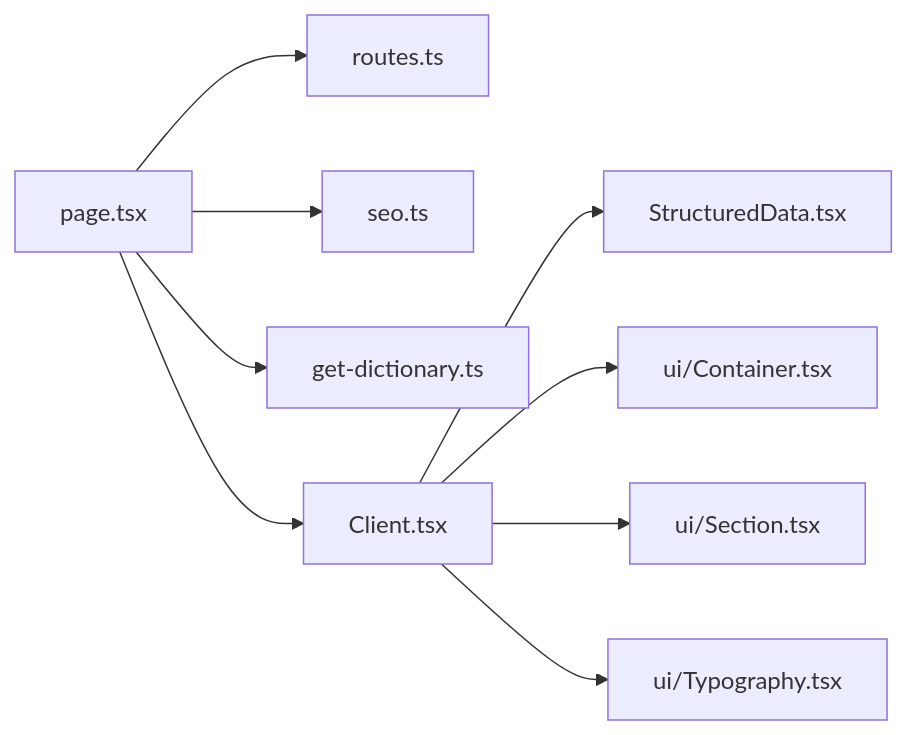
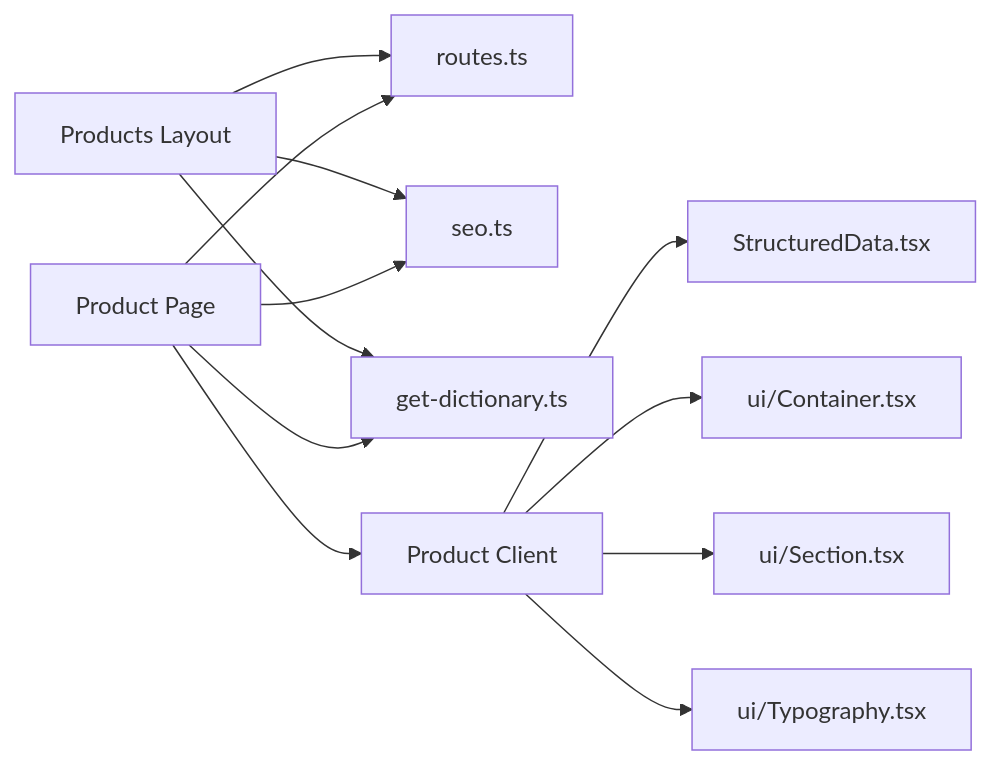
Diagram 11 of 11 in .qoder/repowiki/en/content/Pages & Routing/Products Pages.md (erdemerciyas/bgts), drawn with Mermaid before and after one commit. The commit also changed other lines of this file and 21 other files, not shown here.

````diff
--- a/.qoder/repowiki/en/content/Pages & Routing/Products Pages.md
+++ b/.qoder/repowiki/en/content/Pages & Routing/Products Pages.md
@@ -347,11 +362,14 @@
 ```mermaid
 graph LR
-PG["page.tsx"] --> RT["routes.ts"]
-PG --> SD["seo.ts"]
-PG --> GD["get-dictionary.ts"]
-PG --> CL["<Product>Client.tsx"]
+PL["Products Layout"] --> RT["routes.ts"]
+PL --> SD["seo.ts"]
+PL --> GD["get-dictionary.ts"]
+P["Product Page"] --> RT
+P --> SD
+P --> GD
+P --> CL["Product Client"]
 CL --> SDT["StructuredData.tsx"]
 CL --> UI["ui/Container.tsx"]
 CL --> UX["ui/Section.tsx"]
 CL --> TXT["ui/Typography.tsx"]
 ```
````
